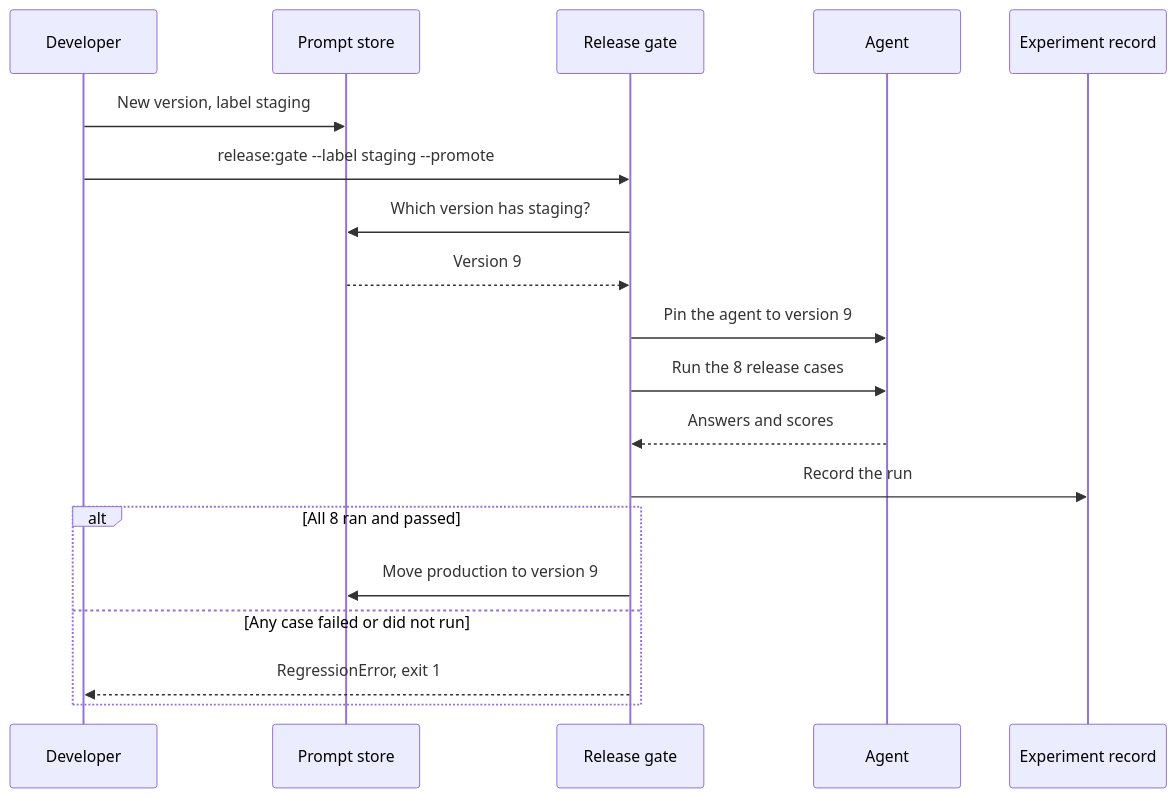
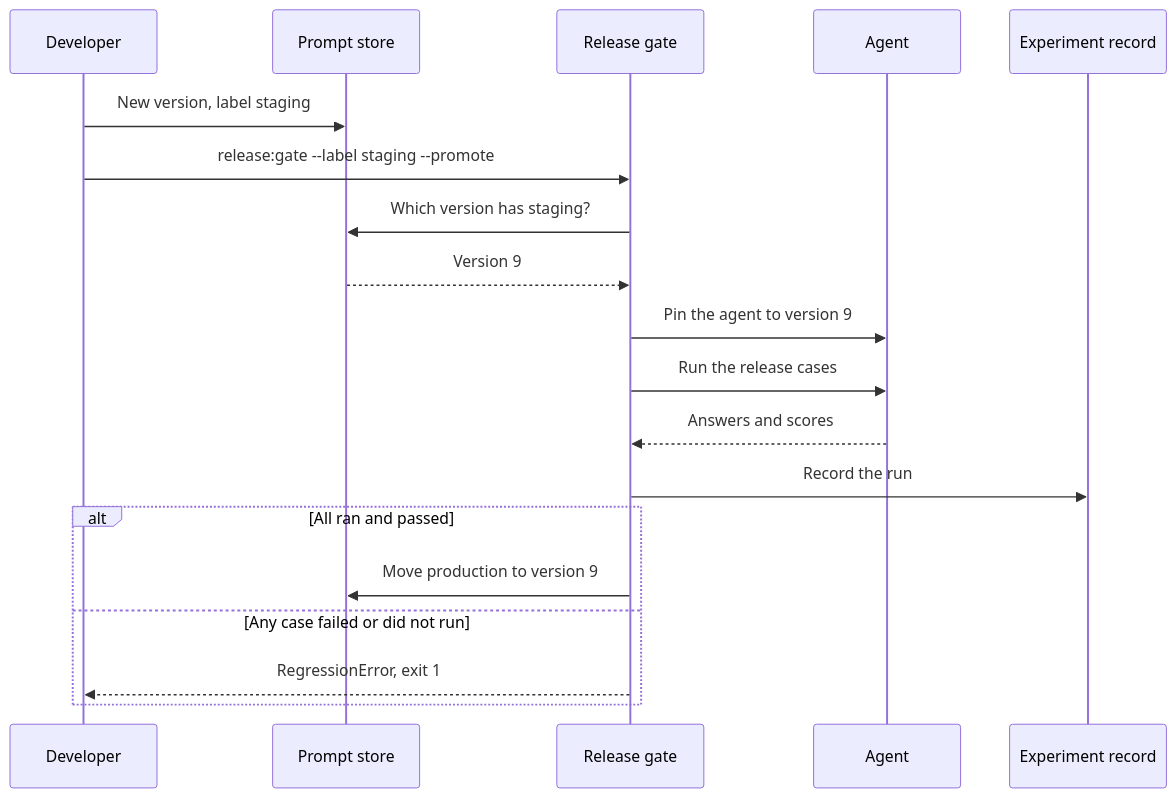
The first of 2 diagrams in docs/learner/18-release-gate.md (learnwithparam/agentic-ai-buildcamp), drawn with Mermaid before and after one commit. The commit also changed other lines of this file and 22 other files, not shown here.

Commit message:
Evals: every rubric runs, a release case per slice, sabotage run, pass^5

````diff
--- a/docs/learner/18-release-gate.md
+++ b/docs/learner/18-release-gate.md
@@ -44,21 +44,21 @@
 ```mermaid
 sequenceDiagram
     participant D as Developer
     participant L as Prompt store
     participant G as Release gate
     participant A as Agent
     participant E as Experiment record
     D->>L: New version, label staging
     D->>G: release:gate --label staging --promote
     G->>L: Which version has staging?
     L-->>G: Version 9
     G->>A: Pin the agent to version 9
-    G->>A: Run the 8 release cases
+    G->>A: Run the release cases
     A-->>G: Answers and scores
     G->>E: Record the run
-    alt All 8 ran and passed
+    alt All ran and passed
         G->>L: Move production to version 9
     else Any case failed or did not run
         G-->>D: RegressionError, exit 1
     end
 ```
````
